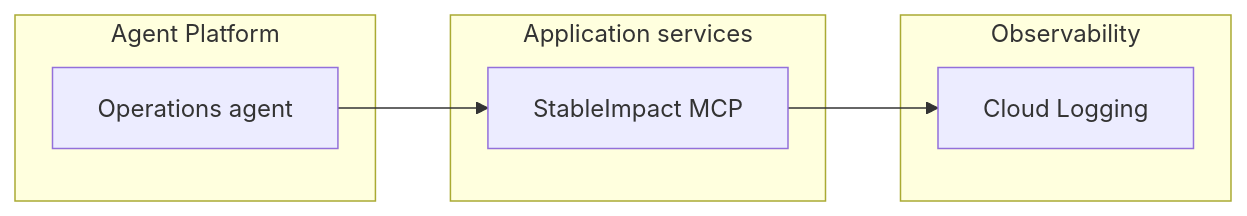
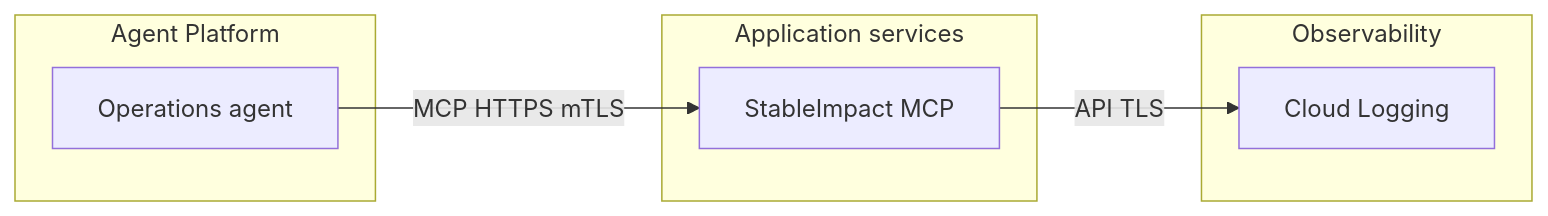
Before and after one commit to eweinmanepam/Documents: diagram 13 of 21 in stableimpact-design.md, drawn with Mermaid. The commit also changed other lines of this file, not shown here.

````diff
--- a/stableimpact-design.md
+++ b/stableimpact-design.md
@@ -383,17 +390,17 @@
 ```mermaid
 flowchart LR
   subgraph Platform[Agent Platform]
-    AGENT[Operations agent]
+    O_AGENT[Operations agent]
   end
 
   subgraph AppSvc[Application services]
-    MCP[StableImpact MCP]
+    O_MCP[StableImpact MCP]
   end
 
   subgraph ObsZone[Observability]
-    LOG[Cloud Logging]
+    O_LOG[Cloud Logging]
   end
 
-  AGENT --> MCP
-  MCP --> LOG
+  O_AGENT -->|MCP HTTPS mTLS| O_MCP
+  O_MCP -->|API TLS| O_LOG
 ```
````
